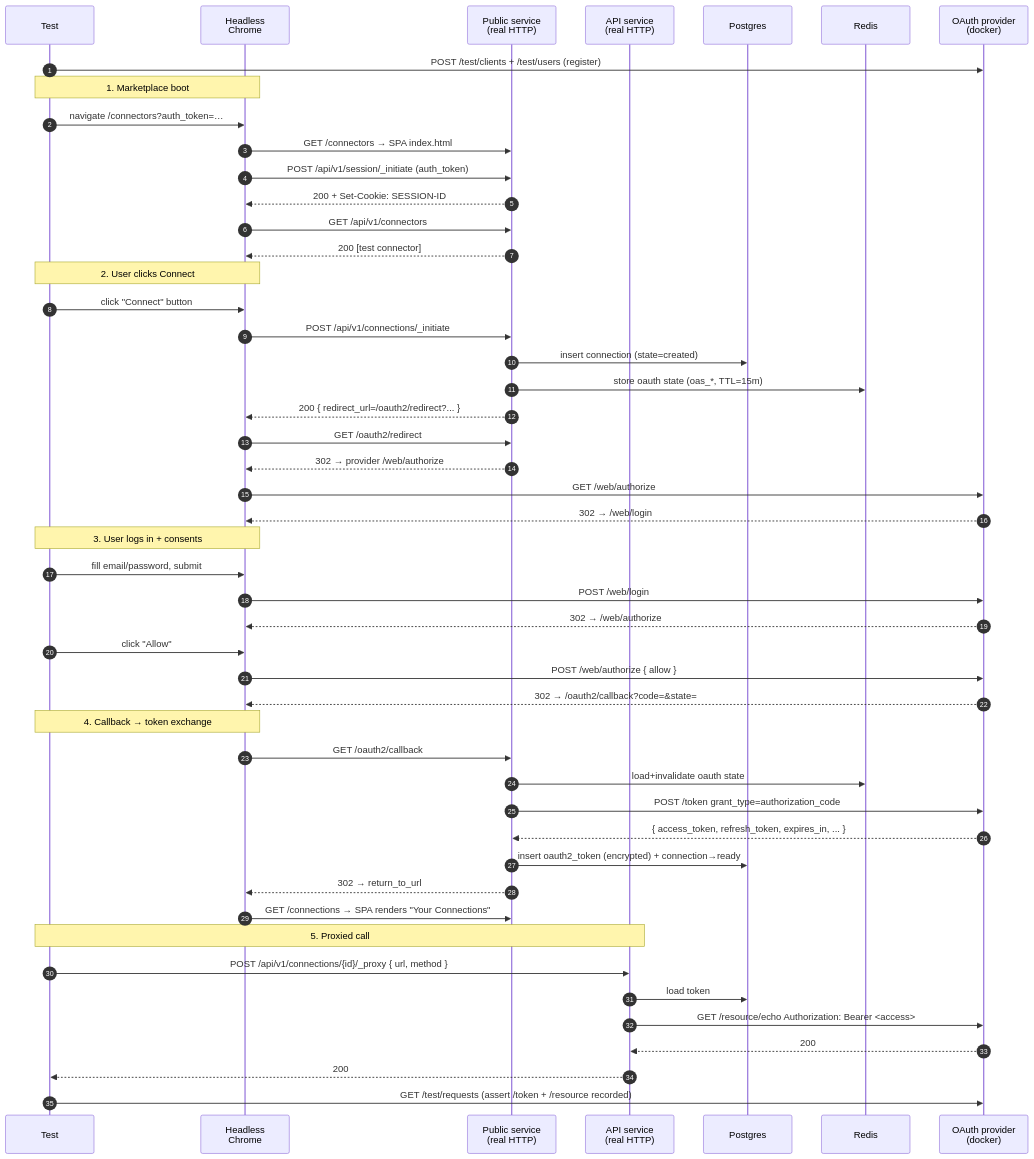
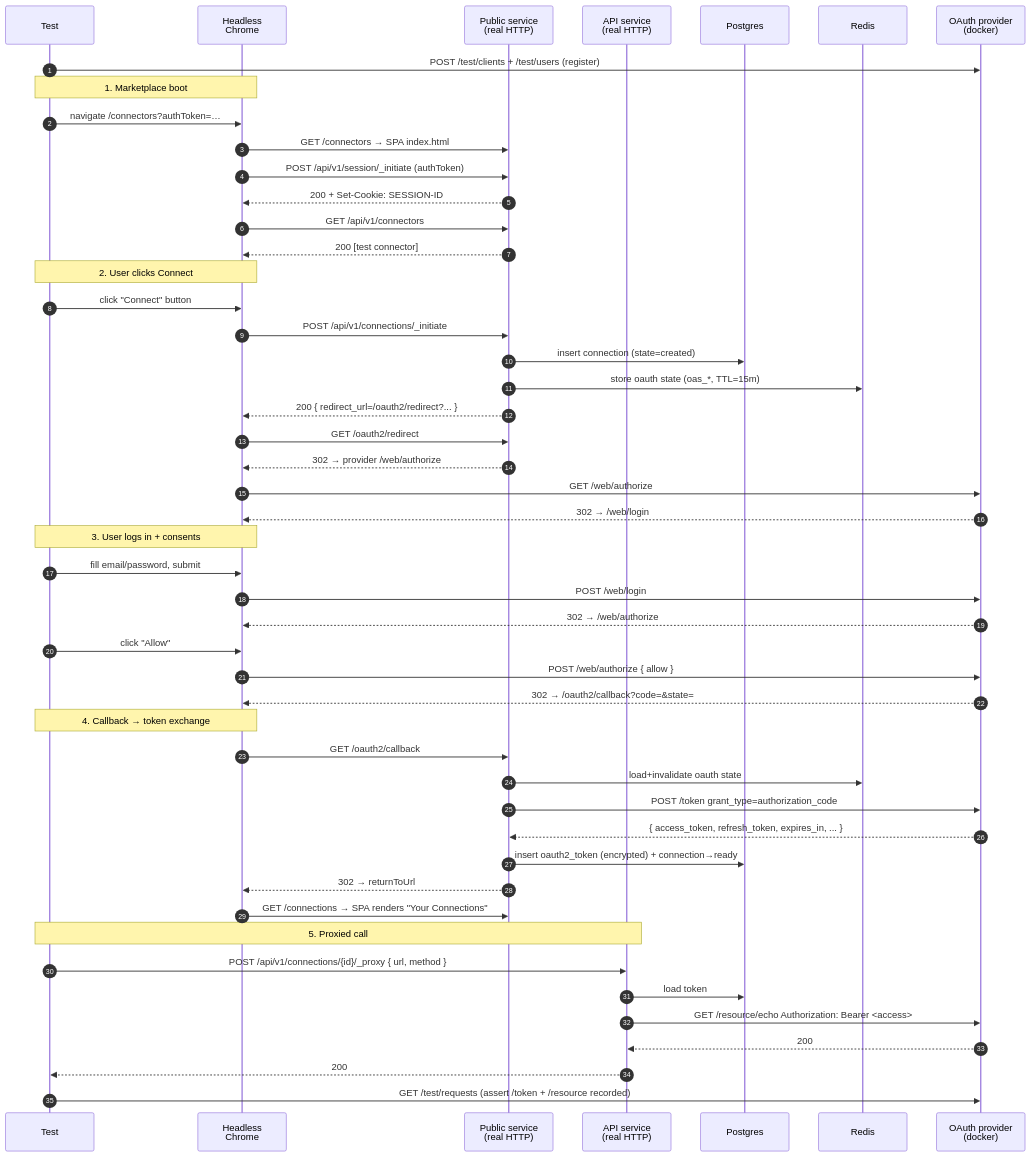
The diagram in integration_tests/oauth2/standard_flow_test.md (rmorlok/authproxy), drawn with Mermaid before and after one commit. The commit also changed other lines of this file and 228 other files, not shown here.

````diff
--- a/integration_tests/oauth2/standard_flow_test.md
+++ b/integration_tests/oauth2/standard_flow_test.md
@@ -49,58 +49,58 @@
 ```mermaid
 sequenceDiagram
     autonumber
     participant T as Test
     participant B as Headless<br/>Chrome
     participant PUB as Public service<br/>(real HTTP)
     participant API as API service<br/>(real HTTP)
     participant DB as Postgres
     participant R as Redis
     participant P as OAuth provider<br/>(docker)
 
     T->>P: POST /test/clients + /test/users (register)
 
     Note over T,B: 1. Marketplace boot
-    T->>B: navigate /connectors?auth_token=…
+    T->>B: navigate /connectors?authToken=…
     B->>PUB: GET /connectors → SPA index.html
-    B->>PUB: POST /api/v1/session/_initiate (auth_token)
+    B->>PUB: POST /api/v1/session/_initiate (authToken)
     PUB-->>B: 200 + Set-Cookie: SESSION-ID
     B->>PUB: GET /api/v1/connectors
     PUB-->>B: 200 [test connector]
 
     Note over T,B: 2. User clicks Connect
     T->>B: click "Connect" button
     B->>PUB: POST /api/v1/connections/_initiate
     PUB->>DB: insert connection (state=created)
     PUB->>R: store oauth state (oas_*, TTL=15m)
     PUB-->>B: 200 { redirect_url=/oauth2/redirect?... }
     B->>PUB: GET /oauth2/redirect
     PUB-->>B: 302 → provider /web/authorize
     B->>P: GET /web/authorize
     P-->>B: 302 → /web/login
 
     Note over T,B: 3. User logs in + consents
     T->>B: fill email/password, submit
     B->>P: POST /web/login
     P-->>B: 302 → /web/authorize
     T->>B: click "Allow"
     B->>P: POST /web/authorize { allow }
     P-->>B: 302 → /oauth2/callback?code=&state=
 
     Note over T,B: 4. Callback → token exchange
     B->>PUB: GET /oauth2/callback
     PUB->>R: load+invalidate oauth state
     PUB->>P: POST /token grant_type=authorization_code
     P-->>PUB: { access_token, refresh_token, expires_in, ... }
     PUB->>DB: insert oauth2_token (encrypted) + connection→ready
-    PUB-->>B: 302 → return_to_url
+    PUB-->>B: 302 → returnToUrl
     B->>PUB: GET /connections → SPA renders "Your Connections"
 
     Note over T,API: 5. Proxied call
     T->>API: POST /api/v1/connections/{id}/_proxy { url, method }
     API->>DB: load token
     API->>P: GET /resource/echo  Authorization: Bearer <access>
     P-->>API: 200
     API-->>T: 200
 
     T->>P: GET /test/requests (assert /token + /resource recorded)
 ```
````
